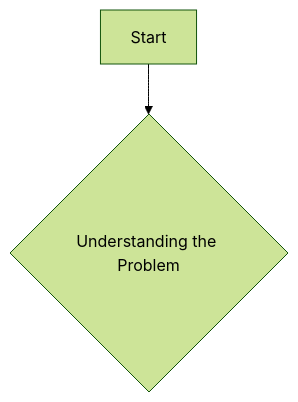
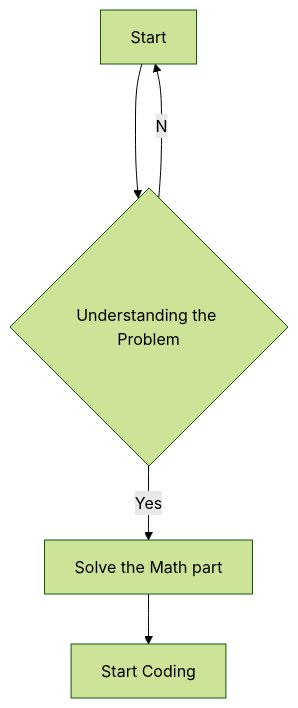
The diagram in README.md (yashh-dev/leetCode), drawn with Mermaid (forest theme) before and after one commit.

````diff
--- a/README.md
+++ b/README.md
@@ -4,4 +4,8 @@
 ```mermaid
 flowchart TD;
     A[Start]-->B{Understanding the Problem};
+    B--Yes-->C[Solve the Math part];
+    B--No-->A;
+    C-->D[Start Coding];
+    
 ```
````
